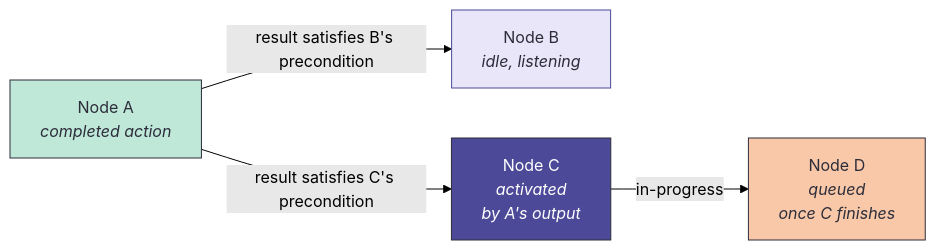
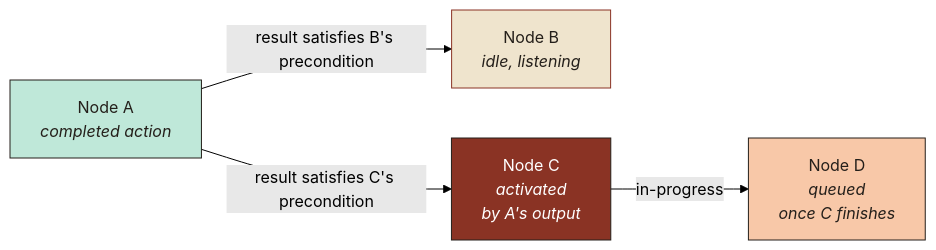
Before and after one commit to kader-xai/kader-xai.github.io: the fourth of 4 diagrams in blog/2026-05-16-quest-for-agi/index.qmd, drawn with Mermaid (forest theme). The commit also changed other lines of this file and 12 other files, not shown here.

````diff
--- a/blog/2026-05-16-quest-for-agi/index.qmd
+++ b/blog/2026-05-16-quest-for-agi/index.qmd
@@ -241,16 +241,16 @@
 ```{mermaid}
 flowchart LR
     A["Node A<br/><i>completed action</i>"]:::done
     B["Node B<br/><i>idle, listening</i>"]:::idle
     C["Node C<br/><i>activated</i><br/><i>by A's output</i>"]:::active
     D["Node D<br/><i>queued</i><br/><i>once C finishes</i>"]:::queued
 
     A -- "result satisfies B's precondition" --> B
     A -- "result satisfies C's precondition" --> C
     C -- "in-progress" --> D
 
-    classDef done fill:#BFE8D9,stroke:#2d2d3a,color:#2d2d3a;
-    classDef idle fill:#E8E6F8,stroke:#4C4A98,color:#2d2d3a;
-    classDef active fill:#4C4A98,stroke:#2d2d3a,color:#ffffff;
-    classDef queued fill:#F8C8A8,stroke:#2d2d3a,color:#2d2d3a;
+    classDef done fill:#BFE8D9,stroke:#241f1a,color:#241f1a;
+    classDef idle fill:#efe4cd,stroke:#8a3324,color:#241f1a;
+    classDef active fill:#8a3324,stroke:#241f1a,color:#ffffff;
+    classDef queued fill:#F8C8A8,stroke:#241f1a,color:#241f1a;
 ```
````
